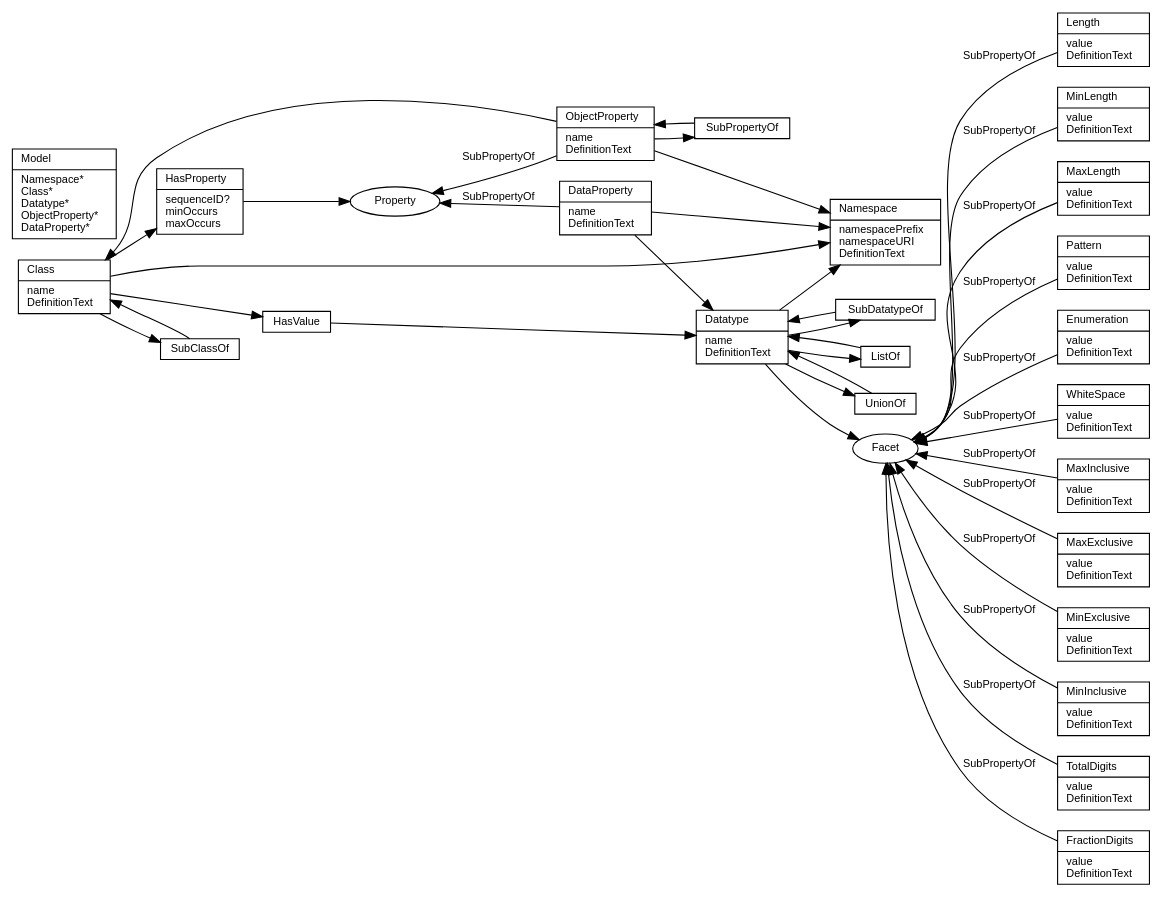
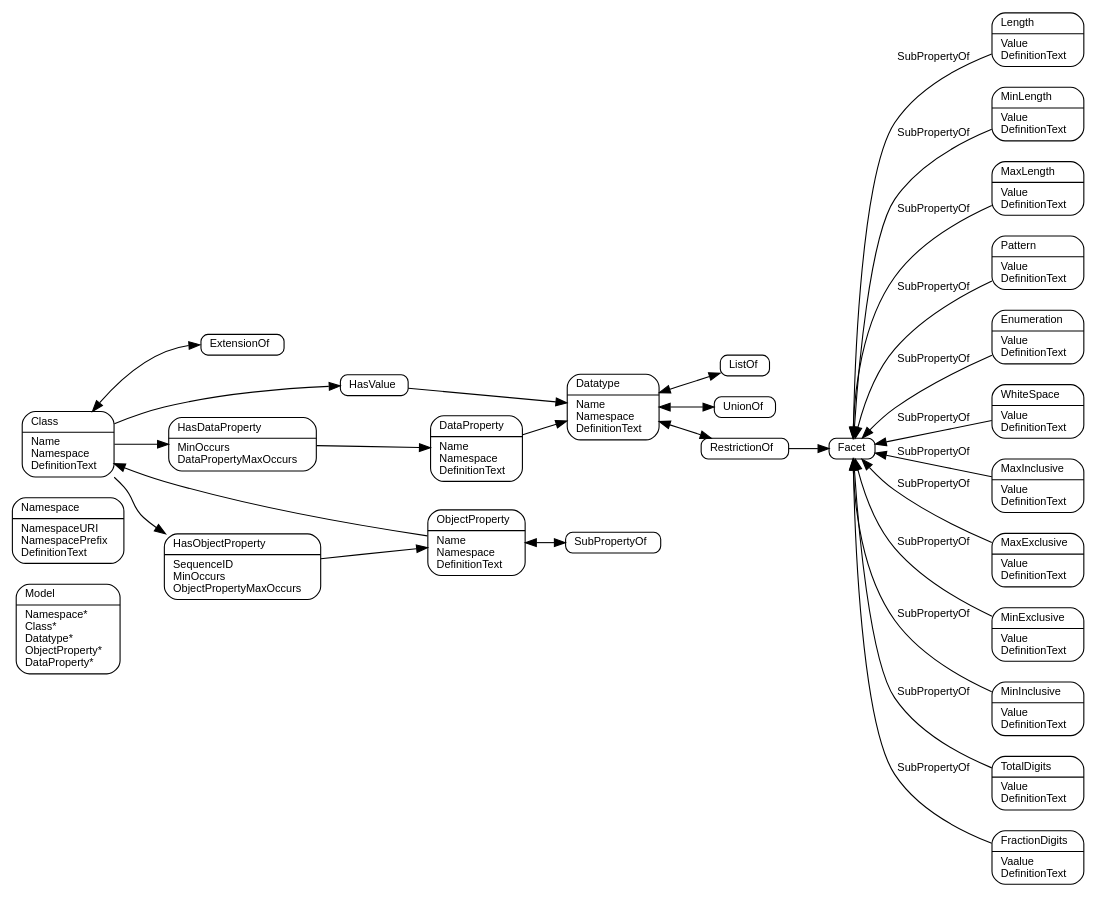
The diagram in metamodel.dot (webb/niem-metamodel), drawn with Graphviz before and after one commit.

Commit message:
Updated diagram.

```diff
--- a/metamodel.dot
+++ b/metamodel.dot
@@ -1,47 +1,66 @@
 digraph G {
   edge [fontname = "Helvetica", fontsize = 10, dir = forward];
   node [fontname = "Helvetica", fontsize = 10, width = 0, height = 0];
   rankdir = LR;
 
-  node [shape=record];
+  node [shape=Mrecord];
   
-  Class -> { Namespace HasProperty HasValue SubClassOf };
-  Class [label="\N\l|name\lDefinitionText\l"];
-  DataProperty -> { Namespace Datatype };
-  DataProperty [label="\N\l|name\lDefinitionText\l"];
-  Datatype -> { Namespace SubDatatypeOf ListOf UnionOf Facet };
-  Datatype [label="\N\l|name\lDefinitionText\l"];
-  Facet [shape=ellipse];
-  HasProperty -> Property;
-  HasProperty [label="\N\l|sequenceID?\lminOccurs\lmaxOccurs\l"];
+  Model [label="\N\l|Namespace*\lClass*\lDatatype*\lObjectProperty*\lDataProperty*\l"];
+
+  Namespace [label="\N\l|NamespaceURI\lNamespacePrefix\lDefinitionText\l"];
+
+  Class [label="\N\l|Name\lNamespace\lDefinitionText\l"];
+  ExtensionOf [label="\N\l"];
+  Class -> ExtensionOf:w [dir=both];
+  Class -> HasDataProperty;
+  Class -> HasObjectProperty;
+  Class -> HasValue;
+  
+  HasObjectProperty [label="\N\l|SequenceID\lMinOccurs\lObjectPropertyMaxOccurs\l"];
+  HasObjectProperty -> ObjectProperty;
+
+  ObjectProperty [label="\N\l|Name\lNamespace\lDefinitionText\l"];
+  ObjectProperty -> Class;
+  ObjectProperty -> SubPropertyOf [dir=both];
+
+  SubPropertyOf [label="\N\l"];
+
+  HasDataProperty [label="\N\l|MinOccurs\lDataPropertyMaxOccurs\l"];
+  HasDataProperty -> DataProperty;
+
+  DataProperty [label="\N\l|Name\lNamespace\lDefinitionText\l"];
+  
+  DataProperty -> Datatype;
+  
+  Datatype [label="\N\l|Name\lNamespace\lDefinitionText\l"];
+  Datatype -> ListOf [dir=both];
+  Datatype -> UnionOf [dir=both];
+  Datatype -> RestrictionOf [dir=both];
+
+  HasValue [label="\N\l"];
   HasValue -> Datatype;
-  ListOf -> Datatype;
-  Model [label="\N\l|Namespace*\lClass*\lDatatype*\lObjectProperty*\lDataProperty*\l"];
-  Namespace -> { };
-  Namespace [label="\N\l|namespacePrefix\lnamespaceURI\lDefinitionText\l"];
-  ObjectProperty -> { Namespace Class SubPropertyOf };
-  ObjectProperty [label="\N\l|name\lDefinitionText\l"];
-  Property [shape=ellipse];
-  SubClassOf -> Class;
-  SubDatatypeOf -> { Datatype }           
-  SubPropertyOf -> ObjectProperty;
-  UnionOf -> Datatype;
+
+  ListOf [label="\N\l"];
+  UnionOf [label="\N\l"];
+
+  RestrictionOf [label="\N\l"];
+  RestrictionOf -> Facet;
 
   // facets
-  Length [label="\N\l|value\lDefinitionText\l"];
-  MinLength [label="\N\l|value\lDefinitionText\l"];
-  MaxLength [label="\N\l|value\lDefinitionText\l"];
-  Pattern [label="\N\l|value\lDefinitionText\l"];
-  Enumeration [label="\N\l|value\lDefinitionText\l"];
-  WhiteSpace [label="\N\l|value\lDefinitionText\l"];
-  MaxInclusive [label="\N\l|value\lDefinitionText\l"];
-  MaxExclusive [label="\N\l|value\lDefinitionText\l"];
-  MinExclusive [label="\N\l|value\lDefinitionText\l"];
-  MinInclusive [label="\N\l|value\lDefinitionText\l"];
-  TotalDigits [label="\N\l|value\lDefinitionText\l"];
-  FractionDigits [label="\N\l|value\lDefinitionText\l"];
+  Facet [label="\N\l"];
+  Length [label="\N\l|Value\lDefinitionText\l"];
+  MinLength [label="\N\l|Value\lDefinitionText\l"];
+  MaxLength [label="\N\l|Value\lDefinitionText\l"];
+  Pattern [label="\N\l|Value\lDefinitionText\l"];
+  Enumeration [label="\N\l|Value\lDefinitionText\l"];
+  WhiteSpace [label="\N\l|Value\lDefinitionText\l"];
+  MaxInclusive [label="\N\l|Value\lDefinitionText\l"];
+  MaxExclusive [label="\N\l|Value\lDefinitionText\l"];
+  MinExclusive [label="\N\l|Value\lDefinitionText\l"];
+  MinInclusive [label="\N\l|Value\lDefinitionText\l"];
+  TotalDigits [label="\N\l|Value\lDefinitionText\l"];
+  FractionDigits [label="\N\l|Vaalue\lDefinitionText\l"];
 
   edge [dir=back, label="SubPropertyOf"];
-  Property -> { DataProperty ObjectProperty };
   Facet -> { Length MinLength MaxLength Pattern Enumeration WhiteSpace MaxInclusive MaxExclusive MinExclusive MinInclusive TotalDigits FractionDigits }
 }
```
